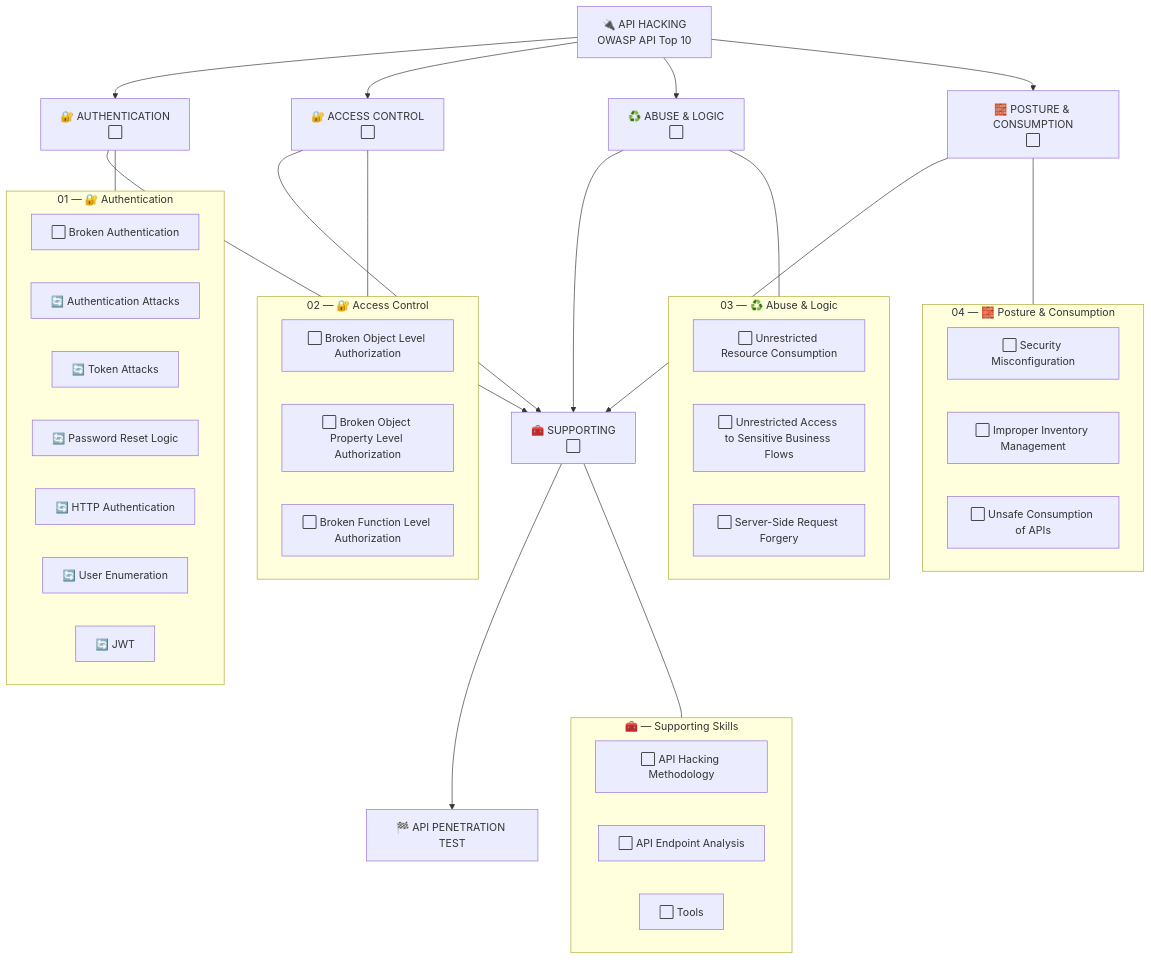
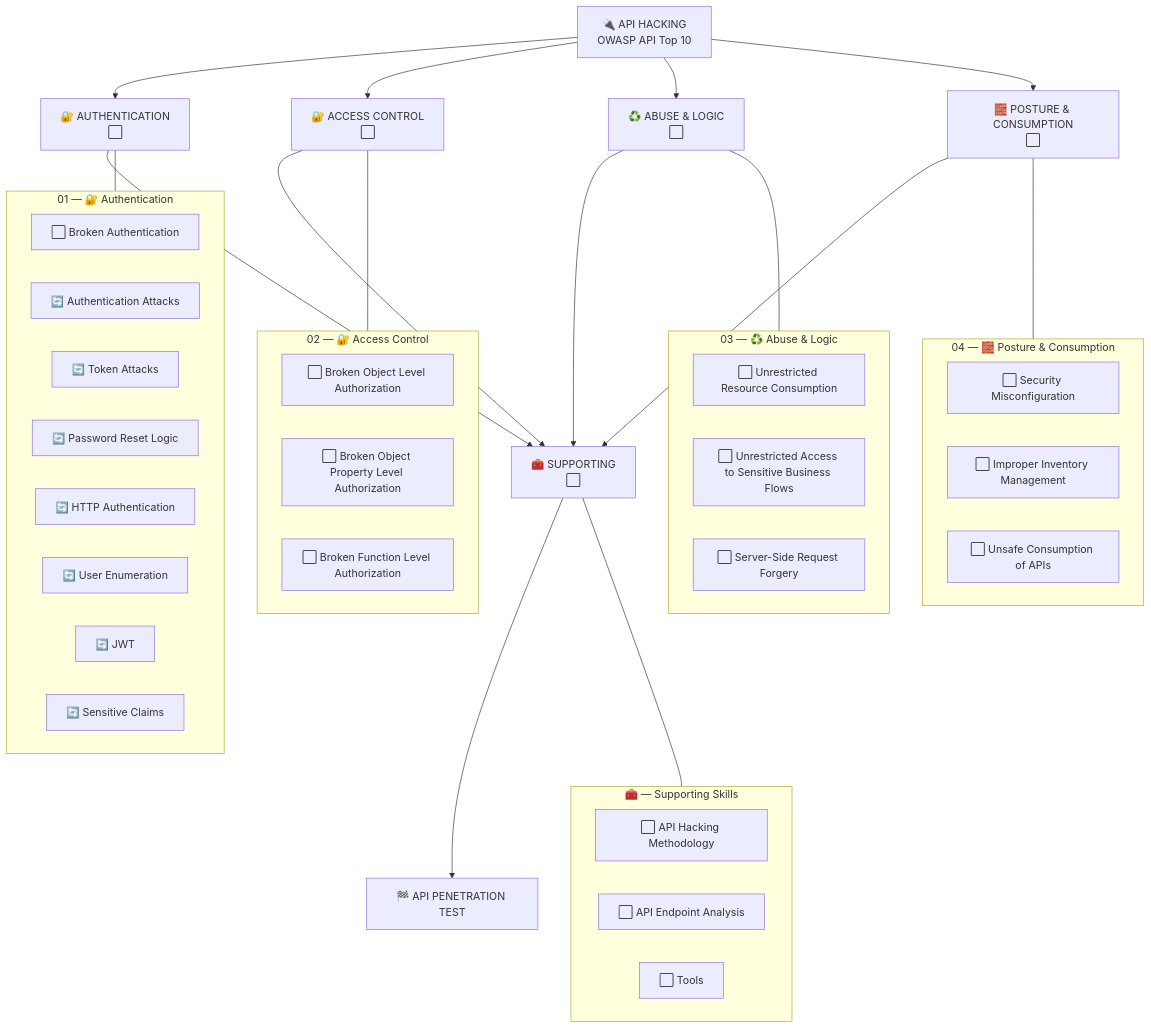
One commit to romeo-mhakayakora/API-Hacking changed the diagram in README.md. Above: the diagram before and after it, drawn with Mermaid. The commit also changed other lines of this file and 2 other files, not shown here.

Commit message:
Add Sensitive Claims notes to JWT folder

````diff
--- a/README.md
+++ b/README.md
@@ -15,69 +15,71 @@
 ```mermaid
 flowchart TB
     API["🔌 API HACKING<br/>OWASP API Top 10"]
     D1["🔐 AUTHENTICATION<br/>⬜"]
     D2["🔐 ACCESS CONTROL<br/>⬜"]
     D3["♻️ ABUSE & LOGIC<br/>⬜"]
     D4["🧱 POSTURE & CONSUMPTION<br/>⬜"]
     SUP["🧰 SUPPORTING<br/>⬜"]
     PENT["🏁 API PENETRATION TEST"]
 
     API --> D1 & D2 & D3 & D4
     D1 & D2 & D3 & D4 --> SUP --> PENT
 
     subgraph 01_AUTHENTICATION ["01 — 🔐 Authentication"]
         BA["⬜ Broken Authentication"]
         AA["🔄 Authentication Attacks"]
         TA["🔄 Token Attacks"]
         PRL["🔄 Password Reset Logic"]
         HTTP["🔄 HTTP Authentication"]
         UE["🔄 User Enumeration"]
         JWT["🔄 JWT"]
+        SC["🔄 Sensitive Claims"]
     end
     subgraph 02_ACCESS_CONTROL ["02 — 🔐 Access Control"]
         BOLA["⬜ Broken Object Level Authorization"]
         BOPLA["⬜ Broken Object Property Level Authorization"]
         BFLA["⬜ Broken Function Level Authorization"]
     end
     subgraph 03_ABUSE_LOGIC ["03 — ♻️ Abuse & Logic"]
         URC["⬜ Unrestricted Resource Consumption"]
         UBF["⬜ Unrestricted Access to Sensitive Business Flows"]
         S["⬜ Server-Side Request Forgery"]
     end
     subgraph 04_POSTURE_CONSUMPTION ["04 — 🧱 Posture & Consumption"]
         SM["⬜ Security Misconfiguration"]
         IIM["⬜ Improper Inventory Management"]
         UAC["⬜ Unsafe Consumption of APIs"]
     end
     subgraph SUPPORTING ["🧰 — Supporting Skills"]
         MET["⬜ API Hacking Methodology"]
         EPA["⬜ API Endpoint Analysis"]
         TLS["⬜ Tools"]
     end
 
     D1 --- 01_AUTHENTICATION
     D2 --- 02_ACCESS_CONTROL
     D3 --- 03_ABUSE_LOGIC
     D4 --- 04_POSTURE_CONSUMPTION
     SUP --- SUPPORTING
 
     click BA href "./01-authentication/broken-authentication.md"
     click AA href "./01-authentication/authentication-attacks.md"
     click TA href "./01-authentication/token-attacks.md"
     click PRL href "./01-authentication/password-reset-logic.md"
     click HTTP href "./01-authentication/http-authentication.md"
     click UE href "./01-authentication/user-enumeration.md"
     click JWT href "./01-authentication/jwt/jwt.md"
+    click SC href "./01-authentication/jwt/sensitive-claims.md"
     click BOLA href "./02-access-control/bola.md"
     click BOPLA href "./02-access-control/bopla.md"
     click BFLA href "./02-access-control/bfla.md"
     click URC href "./03-abuse-logic/unrestricted-resource-consumption.md"
     click UBF href "./03-abuse-logic/unrestricted-business-flow.md"
     click S href "./03-abuse-logic/ssrf.md"
     click SM href "./04-posture-consumption/security-misconfiguration.md"
     click IIM href "./04-posture-consumption/improper-inventory-management.md"
     click UAC href "./04-posture-consumption/unsafe-api-consumption.md"
     click MET href "./supporting/01-api-methodology.md"
     click EPA href "./supporting/02-api-endpoint-analysis.md"
     click TLS href "./supporting/03-tools.md"
 ```
````
